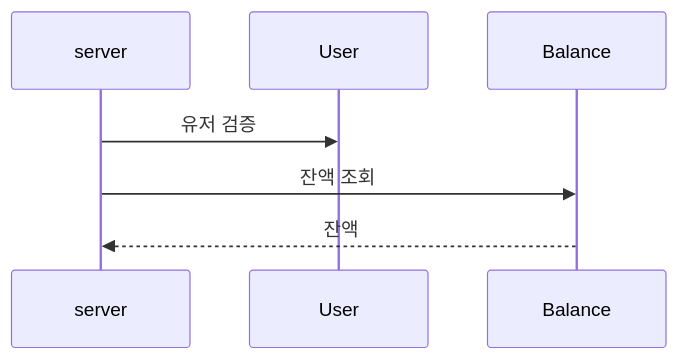
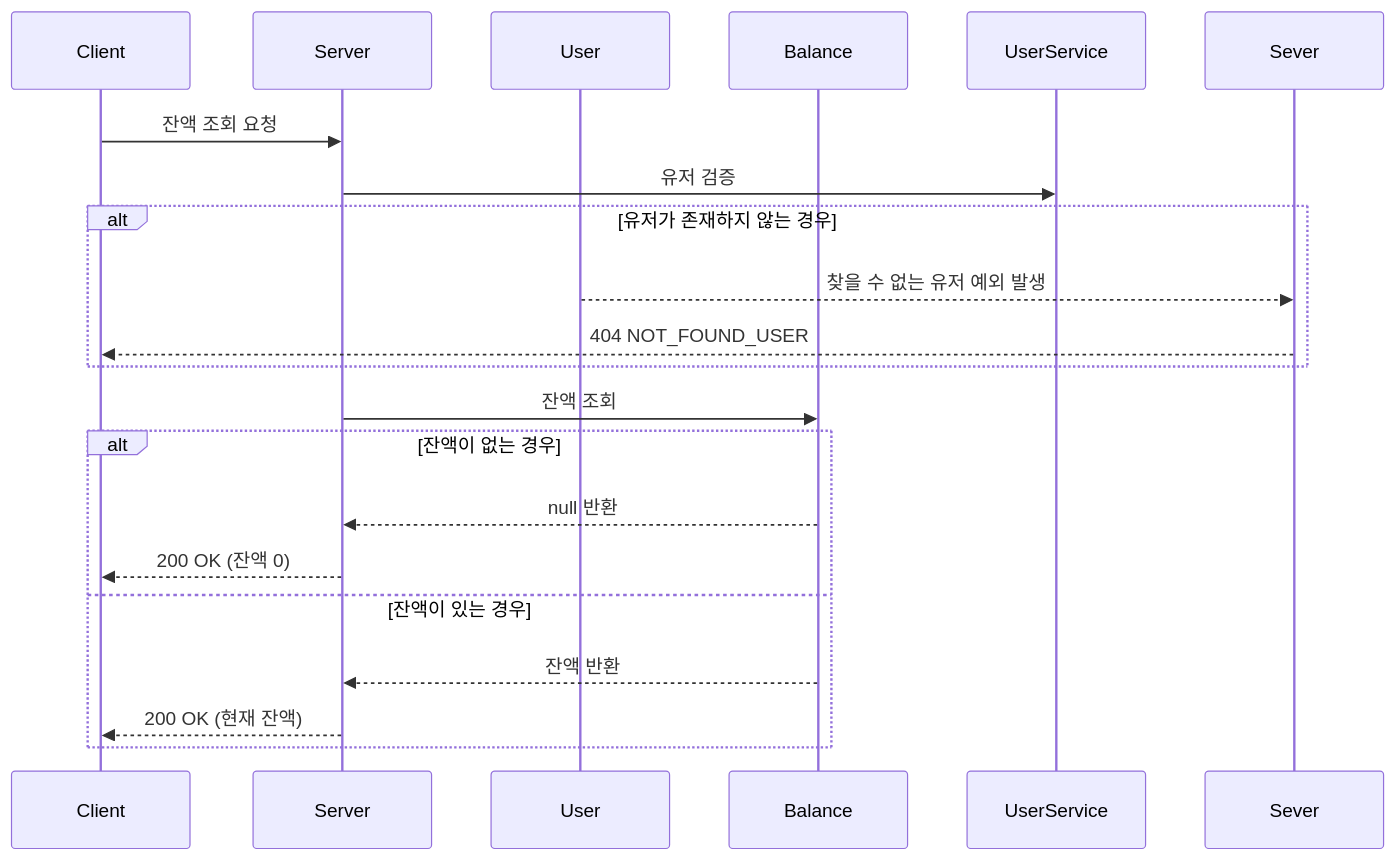
Before and after one commit to alert-kim/e-commerce: the second of 3 diagrams in docs/specs/charge.md, drawn with Mermaid. The commit also changed other lines of this file and 12 other files, not shown here.

````diff
--- a/docs/specs/charge.md
+++ b/docs/specs/charge.md
@@ -35,10 +66,25 @@
 ```mermaid
 sequenceDiagram
-participant server
-participant User
-participant Balance
-    server->>User: 유저 검증
+    participant Client
+    participant Server
+    participant User
+    participant Balance
     
-    server->>Balance: 잔액 조회
-    Balance-->>server: 잔액
+    Client ->> Server: 잔액 조회 요청
+    Server ->> UserService: 유저 검증
+
+    alt 유저가 존재하지 않는 경우
+        User -->> Sever: 찾을 수 없는 유저 예외 발생
+        Sever -->> Client: 404 NOT_FOUND_USER
+    end
+
+    Server ->> Balance: 잔액 조회
+    
+    alt 잔액이 없는 경우
+        Balance -->> Server: null 반환
+        Server -->> Client: 200 OK (잔액 0)
+    else 잔액이 있는 경우
+        Balance -->> Server: 잔액 반환
+        Server -->> Client: 200 OK (현재 잔액)
+    end
 ```
````
